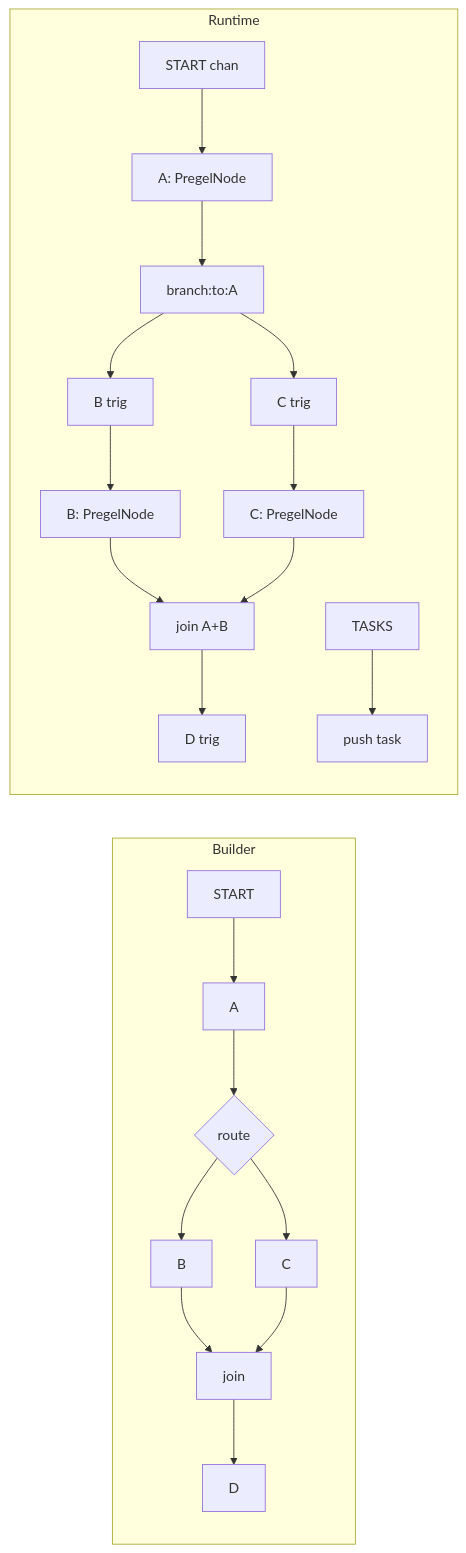
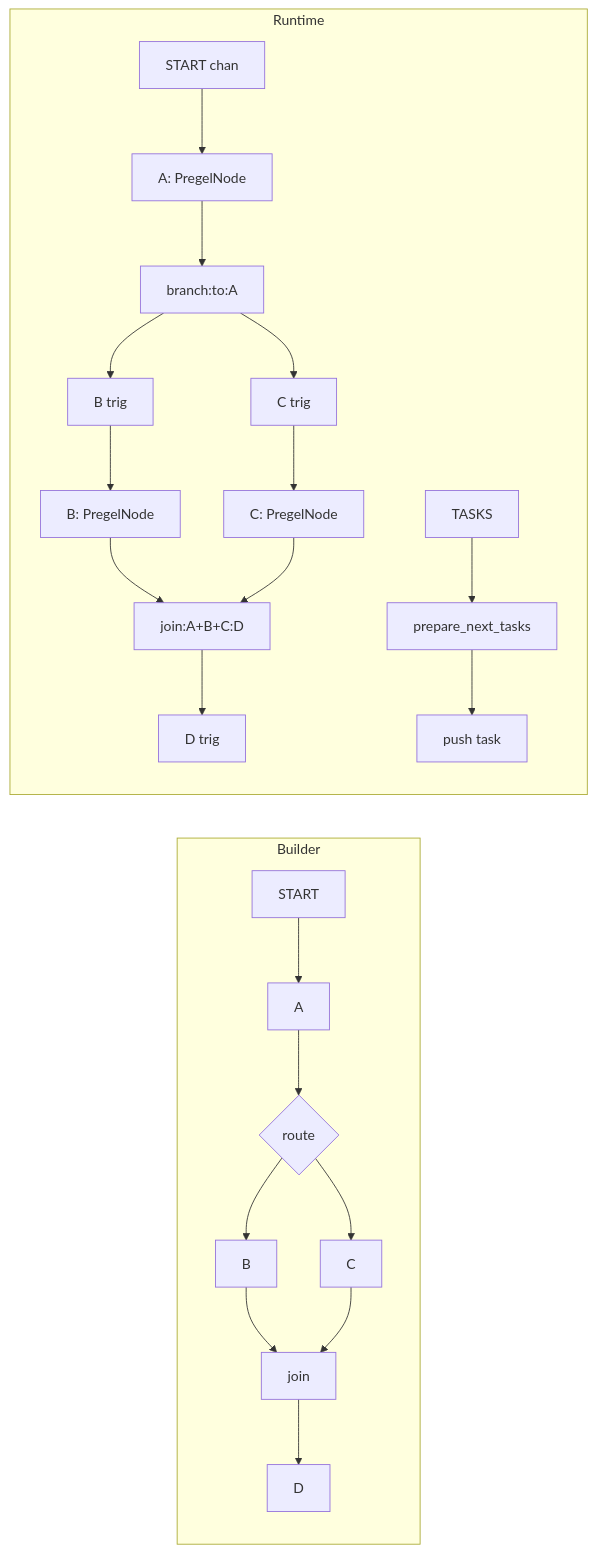
The diagram in 04-control-flow-is-channels-too.md (joels-sandgarden/langgraph-docs), drawn with Mermaid before and after one commit.

Commit message:
Refine control flow channels concept page

````diff
--- a/04-control-flow-is-channels-too.md
+++ b/04-control-flow-is-channels-too.md
@@ -13,25 +13,26 @@
 ```mermaid
 flowchart LR
   subgraph Builder
     S["START"] --> A[A]
     A --> R{"route"}
     R --> B[B]
     R --> C[C]
     B --> J[join]
     C --> J
     J --> D[D]
   end
 
   subgraph Runtime
     ST["START chan"] --> NA["A: PregelNode"]
     NA --> BA["branch:to:A"]
     BA --> BT["B trig"]
     BA --> CT["C trig"]
     BT --> NB["B: PregelNode"]
     CT --> NC["C: PregelNode"]
-    NB --> JV["join A+B"]
+    NB --> JV["join:A+B+C:D"]
     NC --> JV
     JV --> DT["D trig"]
-    TASKS["TASKS"] --> PT["push task"]
+    TASKS["TASKS"] --> PN["prepare_next_tasks"]
+    PN --> PT["push task"]
   end
 ```
````
